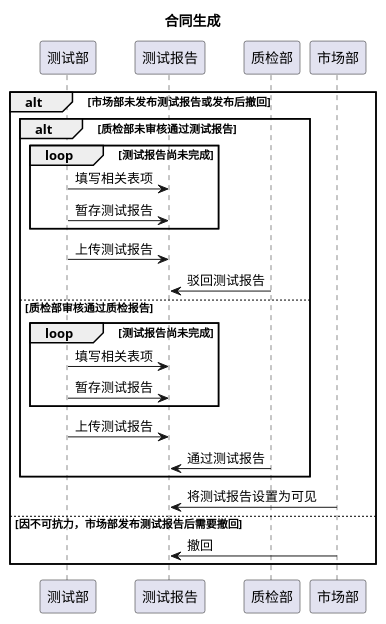
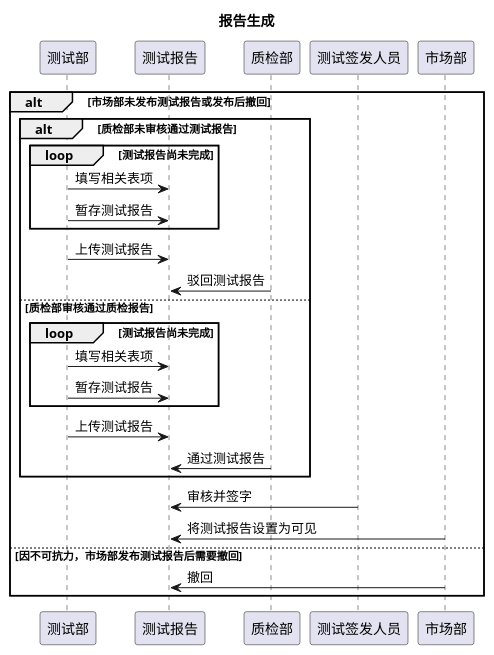
The diagram in file/需求/reportGenerate.puml (TheGreatAutomata/SE2022-SoftwareTestsSystem), drawn with PlantUML before and after one commit. The commit also changed 2 other files, not shown here.

```diff
--- a/file/需求/reportGenerate.puml
+++ b/file/需求/reportGenerate.puml
@@ -1,27 +1,28 @@
 @startuml
-title 合同生成
+title 报告生成
 alt 市场部未发布测试报告或发布后撤回
 
-alt 质检部未审核通过测试报告
-    loop 测试报告尚未完成
-        测试部->测试报告 : 填写相关表项
-        测试部->测试报告 : 暂存测试报告
-    end
+    alt 质检部未审核通过测试报告
+        loop 测试报告尚未完成
+            测试部->测试报告 : 填写相关表项
+            测试部->测试报告 : 暂存测试报告
+        end
         测试部->测试报告 : 上传测试报告
         质检部->测试报告 : 驳回测试报告
-else 质检部审核通过质检报告
-    loop 测试报告尚未完成
-        测试部->测试报告 : 填写相关表项
-        测试部->测试报告 : 暂存测试报告
-    end
+    else 质检部审核通过质检报告
+        loop 测试报告尚未完成
+            测试部->测试报告 : 填写相关表项
+            测试部->测试报告 : 暂存测试报告
+        end
         测试部->测试报告 : 上传测试报告
         质检部->测试报告 : 通过测试报告
-end
+    end
+    测试签发人员->测试报告 : 审核并签字
     市场部->测试报告 : 将测试报告设置为可见
 else 因不可抗力，市场部发布测试报告后需要撤回
     市场部->测试报告 : 撤回
 
 end
 
 
 @enduml
```
